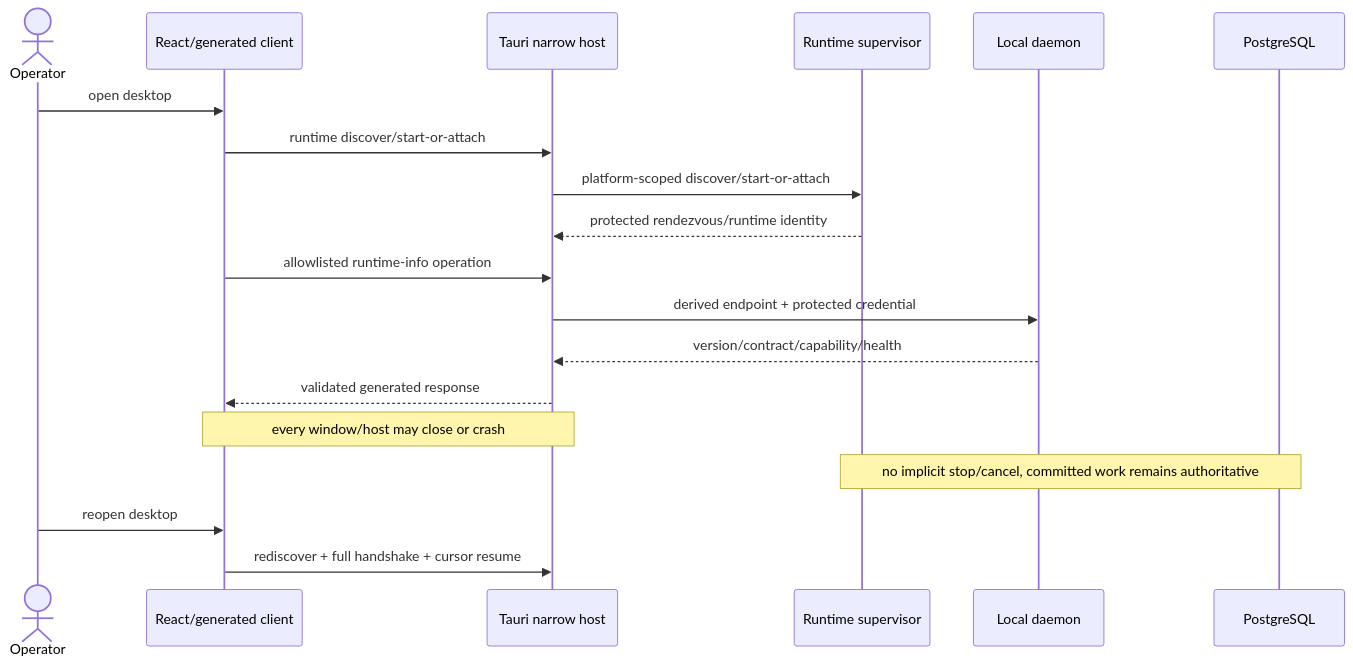
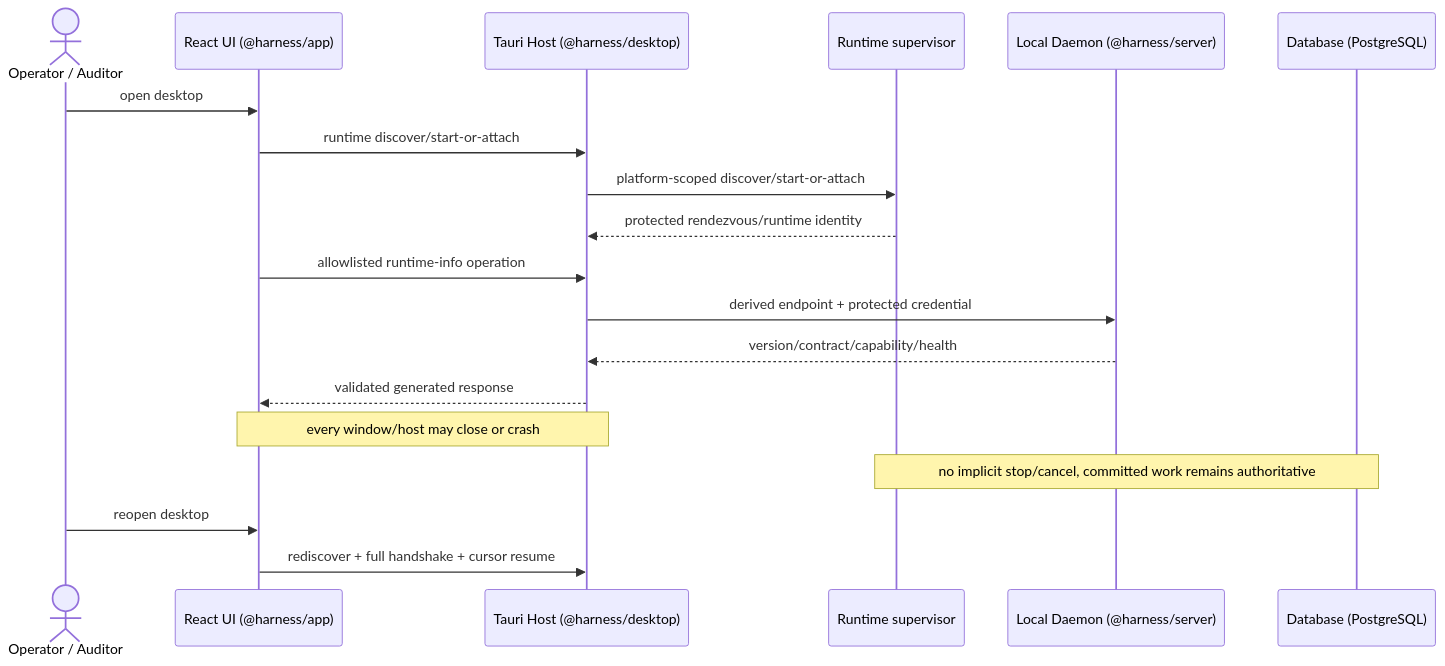
Before and after one commit to DATN-K23/harness: the third of 7 diagrams in blueprint/architecture/sequences.md, drawn with Mermaid. The commit also changed other lines of this file and 4 other files, not shown here.

Commit message:
docs(blueprint): standardize core identity, tech stack, and architectural sequences

````diff
--- a/blueprint/architecture/sequences.md
+++ b/blueprint/architecture/sequences.md
@@ -37,21 +75,21 @@
 ```mermaid
 sequenceDiagram
-  actor U as Operator
-  participant UI as React/generated client
-  participant T as Tauri narrow host
+  actor U as Operator / Auditor
+  participant UI as React UI (@harness/app)
+  participant T as Tauri Host (@harness/desktop)
   participant S as Runtime supervisor
-  participant API as Local daemon
-  participant DB as PostgreSQL
+  participant API as Local Daemon (@harness/server)
+  participant DB as Database (PostgreSQL)
   U->>UI: open desktop
   UI->>T: runtime discover/start-or-attach
   T->>S: platform-scoped discover/start-or-attach
   S-->>T: protected rendezvous/runtime identity
   UI->>T: allowlisted runtime-info operation
   T->>API: derived endpoint + protected credential
   API-->>T: version/contract/capability/health
   T-->>UI: validated generated response
   Note over UI,T: every window/host may close or crash
   Note over S,DB: no implicit stop/cancel, committed work remains authoritative
   U->>UI: reopen desktop
   UI->>T: rediscover + full handshake + cursor resume
 ```
````
